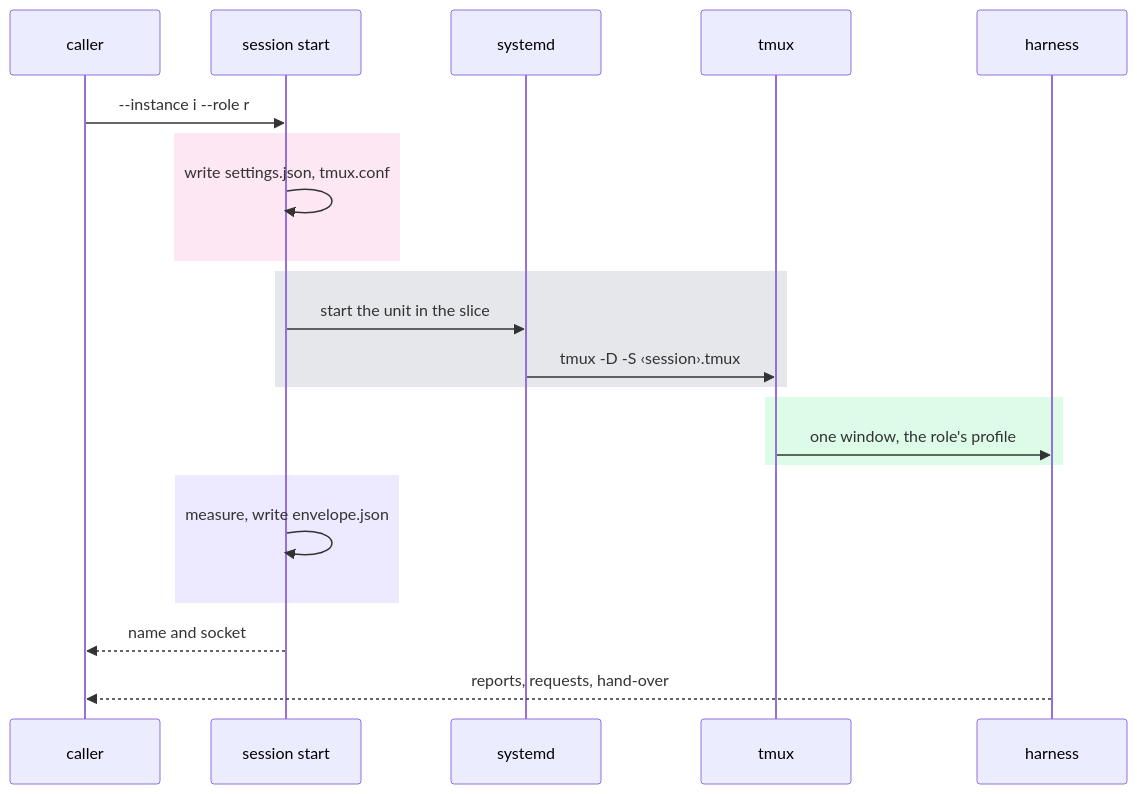
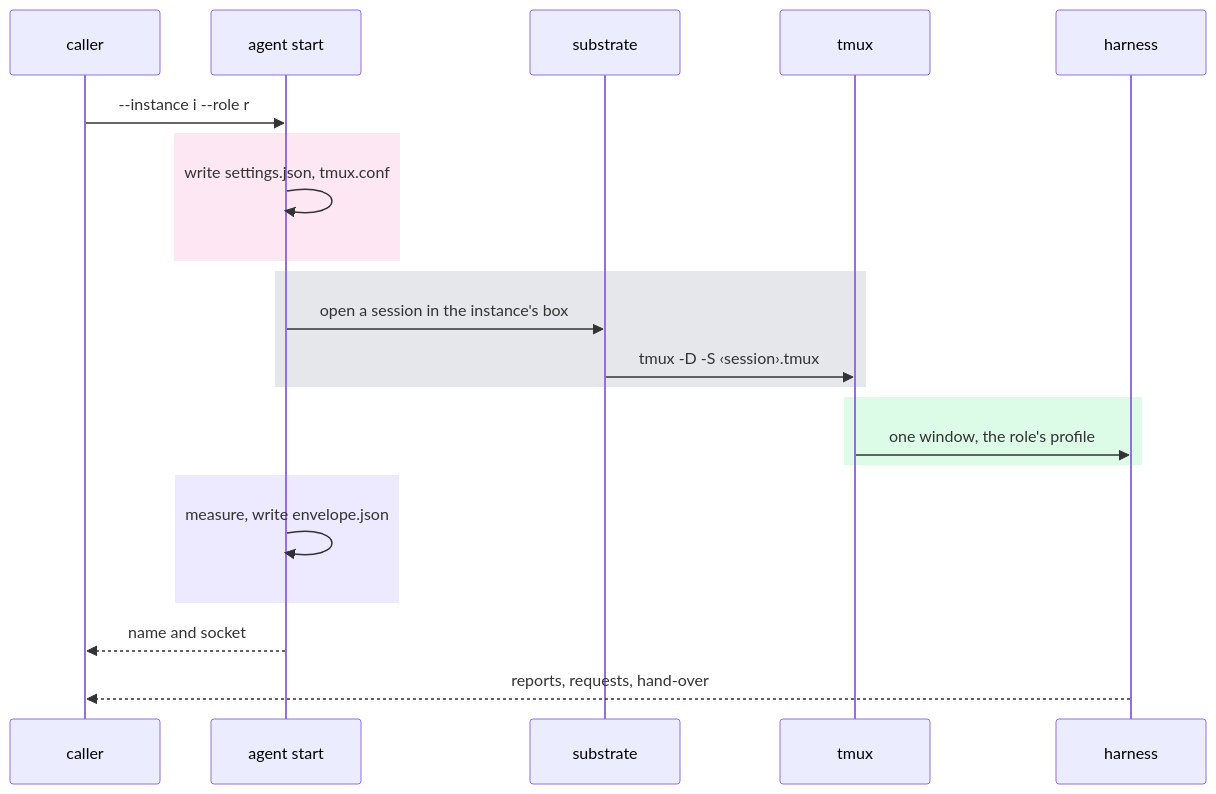
Before and after one commit to beyond10x/conductor: the ninth of 12 diagrams in website/docs/concepts/architecture.md, drawn with Mermaid. The commit also changed other lines of this file and 1 other file, not shown here.

First line of the commit message:
design: the daemon on a remote box, the token pool, actors by type, the Claude app as a UI

````diff
--- a/website/docs/concepts/architecture.md
+++ b/website/docs/concepts/architecture.md
@@ -499,24 +544,24 @@
 ```mermaid
 sequenceDiagram
   participant L as caller
-  participant C as session start
-  participant S as systemd
+  participant C as agent start
+  participant S as substrate
   participant T as tmux
   participant H as harness
   L->>C: --instance i --role r
   rect rgb(252, 231, 243)
     C->>C: write settings.json, tmux.conf
   end
   rect rgb(229, 231, 235)
-    C->>S: start the unit in the slice
+    C->>S: open a session in the instance's box
     S->>T: tmux -D -S ‹session›.tmux
   end
   rect rgb(220, 252, 231)
     T->>H: one window, the role's profile
   end
   rect rgb(237, 233, 254)
     C->>C: measure, write envelope.json
   end
   C-->>L: name and socket
   H-->>L: reports, requests, hand-over
 ```
````
